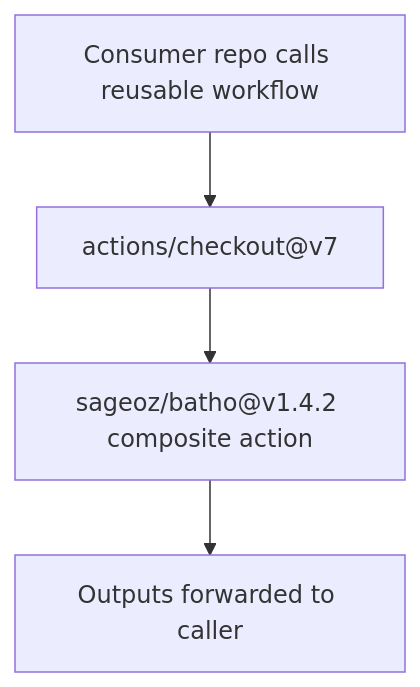
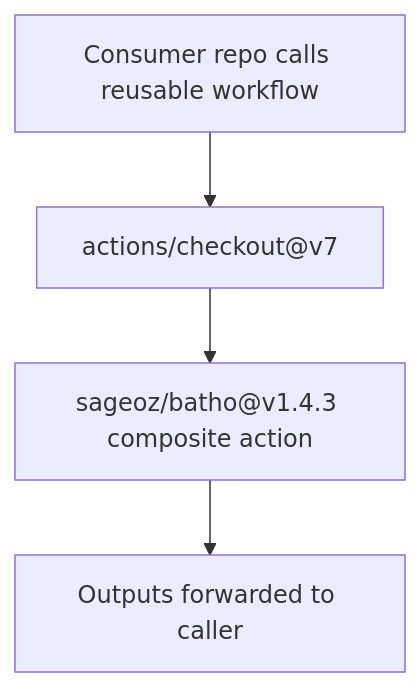
One commit to sageoz/Batho changed the diagram in docs-site/docs/cicd/reusable-workflow.md. Above: the diagram before and after it, drawn with Mermaid. The commit also changed other lines of this file and 149 other files, not shown here.

````diff
--- a/docs-site/docs/cicd/reusable-workflow.md
+++ b/docs-site/docs/cicd/reusable-workflow.md
@@ -7,6 +7,6 @@
 ```mermaid
 flowchart TD
     A["Consumer repo calls reusable workflow"] --> B["actions/checkout@v7"]
-    B --> C["sageoz/batho@v1.4.2 composite action"]
+    B --> C["sageoz/batho@v1.4.3 composite action"]
     C --> D["Outputs forwarded to caller"]
 ```
````
